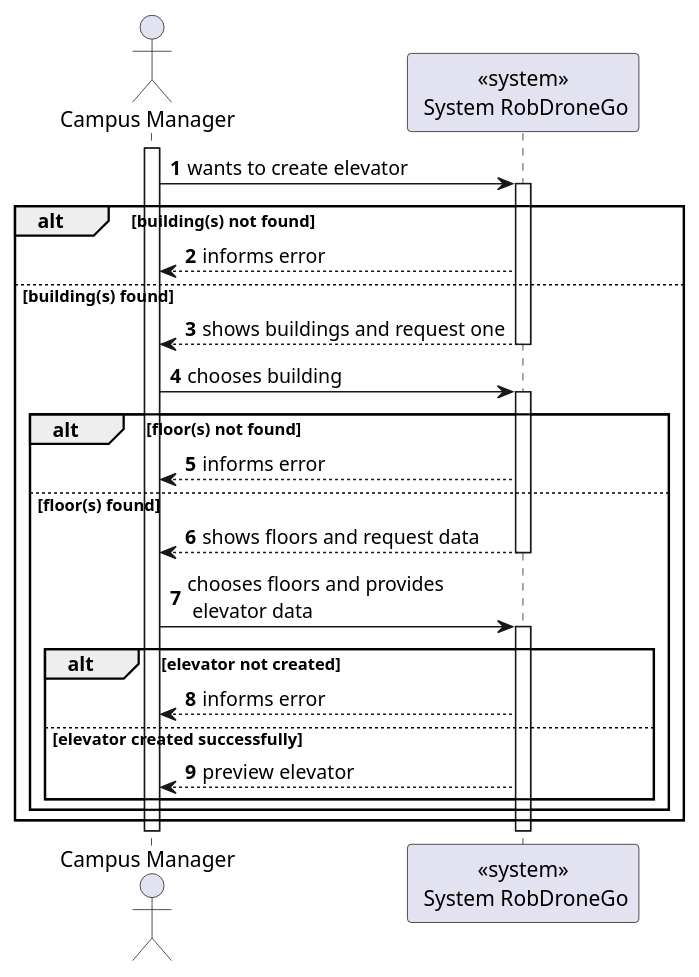
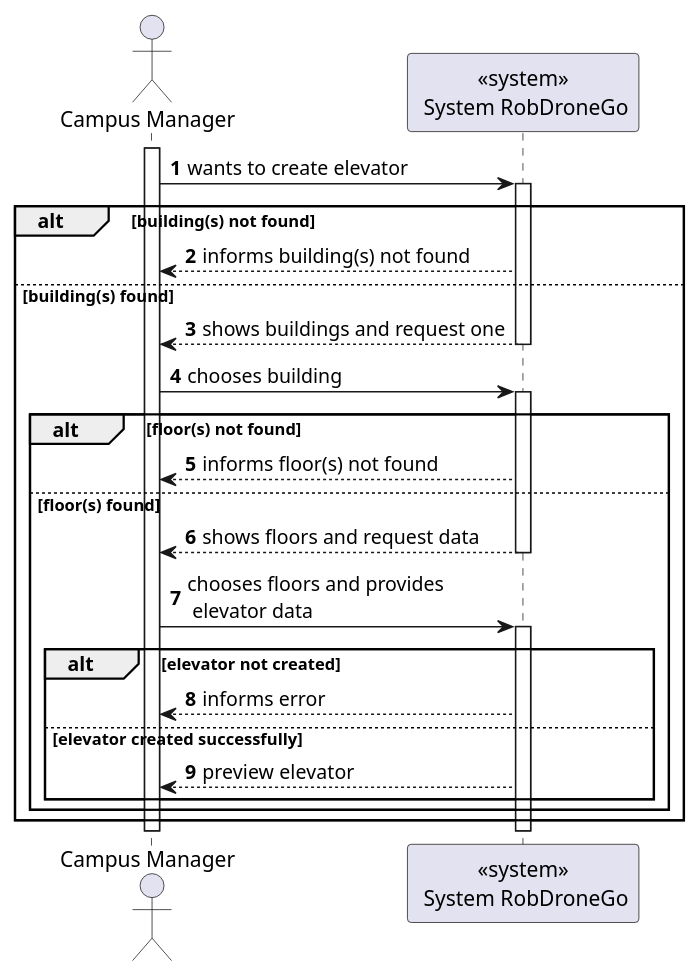
The diagram in docs/us1130/level1/process-view.puml (Departamento-de-Engenharia-Informatica/lapr5-23-24-g19), drawn with PlantUML before and after one commit. The commit also changed 4 other files, not shown here.

```diff
--- a/docs/us1130/level1/process-view.puml
+++ b/docs/us1130/level1/process-view.puml
@@ -1,41 +1,41 @@
 @startuml
 autonumber
 
 actor "Campus Manager" as usr
 
 participant "<<system>>\n System RobDroneGo" as sys
 
 activate usr
     usr -> sys : wants to create elevator
     activate sys
 
     alt building(s) not found
-        sys --> usr : informs error
+        sys --> usr : informs building(s) not found
     else building(s) found
         sys --> usr : shows buildings and request one
     deactivate sys
 
     usr -> sys : chooses building
     activate sys
 
     alt floor(s) not found
-        sys --> usr : informs error
+        sys --> usr : informs floor(s) not found
     else floor(s) found
         sys --> usr: shows floors and request data
     deactivate sys
 
     usr -> sys : chooses floors and provides\n elevator data
     activate sys
 
     alt elevator not created
         sys --> usr : informs error
     else elevator created successfully
         sys --> usr : preview elevator
 
             end
         end
     end
     deactivate sys
 deactivate usr
 
 @enduml
```
